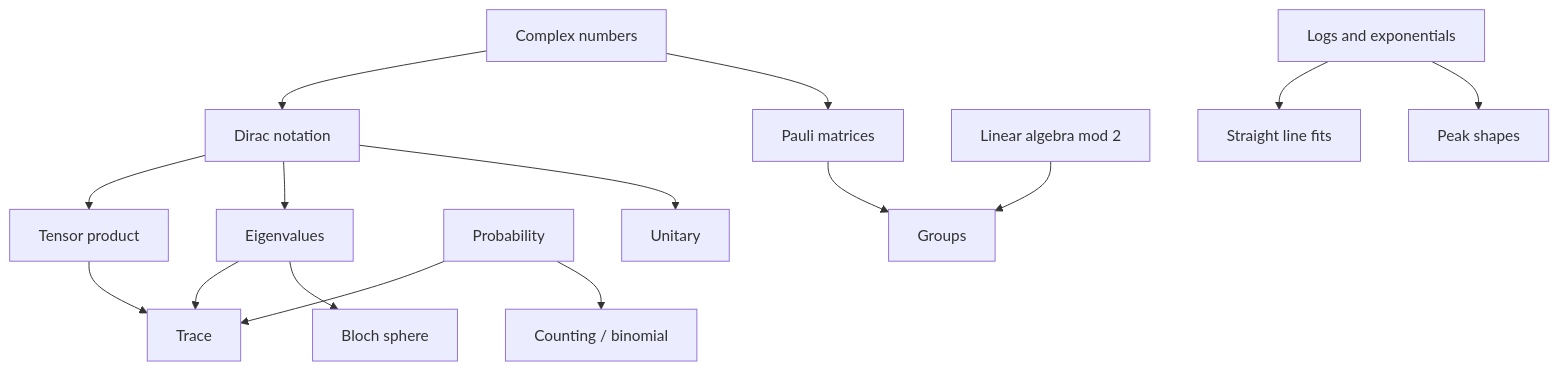
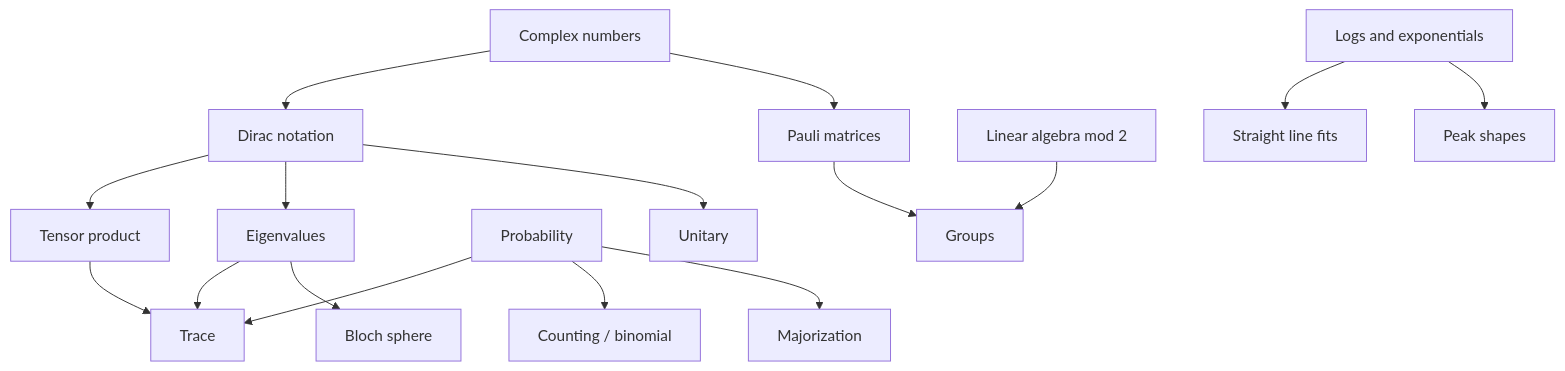
The diagram in Math/Math.md (ArhamAkhtarAlam/mitxpro-my-notes), drawn with Mermaid before and after one commit. The commit also changed other lines of this file and 19 other files, not shown here.

````diff
--- a/Math/Math.md
+++ b/Math/Math.md
@@ -28,17 +30,18 @@
 ```mermaid
 flowchart TD
     C["Complex numbers"] --> D["Dirac notation"]
     D --> T["Tensor product"]
     D --> E["Eigenvalues"]
     E --> Tr["Trace"]
     T --> Tr
     P["Probability"] --> Tr
     D --> U["Unitary"]
     E --> B["Bloch sphere"]
     C --> PM["Pauli matrices"]
     PM --> G["Groups"]
     M2["Linear algebra mod 2"] --> G
     P --> CB["Counting / binomial"]
+    P --> MJ["Majorization"]
     L["Logs and exponentials"] --> F["Straight line fits"]
     L --> PK["Peak shapes"]
 ```
````
